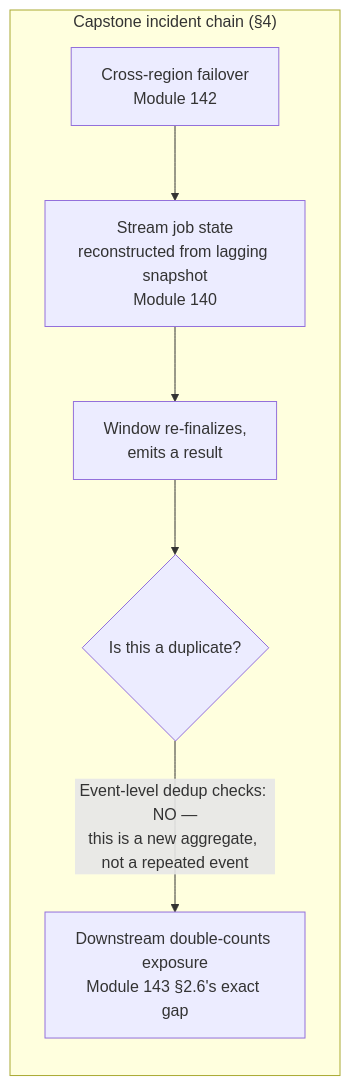
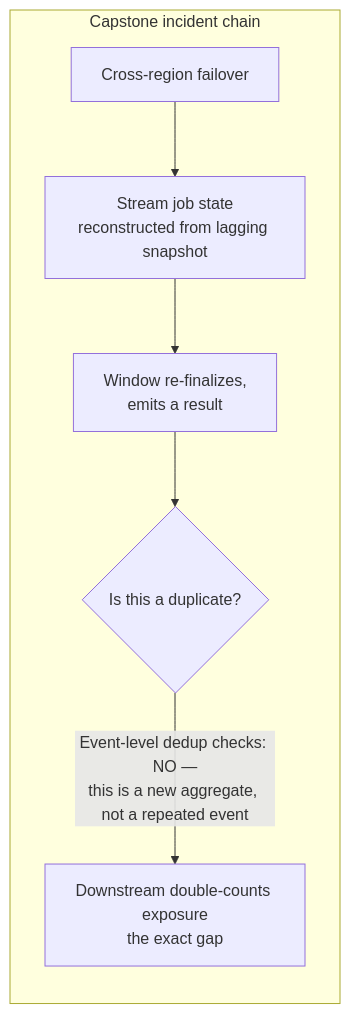
Before and after one commit to umashankarp/InterviewQuestions: the third of 4 diagrams in 18-Event-Driven-Architecture/08-Capstone-FirmWide-Event-Backbone-OrderCapture-To-RegulatoryReporting.md, drawn with Mermaid. The commit also changed other lines of this file and 173 other files, not shown here.

````diff
--- a/18-Event-Driven-Architecture/08-Capstone-FirmWide-Event-Backbone-OrderCapture-To-RegulatoryReporting.md
+++ b/18-Event-Driven-Architecture/08-Capstone-FirmWide-Event-Backbone-OrderCapture-To-RegulatoryReporting.md
@@ -106,9 +106,9 @@
 ```mermaid
 graph LR
-    subgraph "Capstone incident chain (§4)"
-        A[Cross-region failover<br/>Module 142] --> B[Stream job state<br/>reconstructed from lagging snapshot<br/>Module 140]
-        B --> C[Window re-finalizes,<br/>emits a result]
-        C --> D{Is this a duplicate?}
-        D -->|Event-level dedup checks: NO —<br/>this is a new aggregate, not a repeated event| E[Downstream double-counts exposure<br/>Module 143 §2.6's exact gap]
-    end
+ subgraph "Capstone incident chain"
+ A[Cross-region failover<br/>] --> B[Stream job state<br/>reconstructed from lagging snapshot<br/>]
+ B --> C[Window re-finalizes,<br/>emits a result]
+ C --> D{Is this a duplicate?}
+ D -->|Event-level dedup checks: NO —<br/>this is a new aggregate, not a repeated event| E[Downstream double-counts exposure<br/>the exact gap]
+ end
 ```
````
